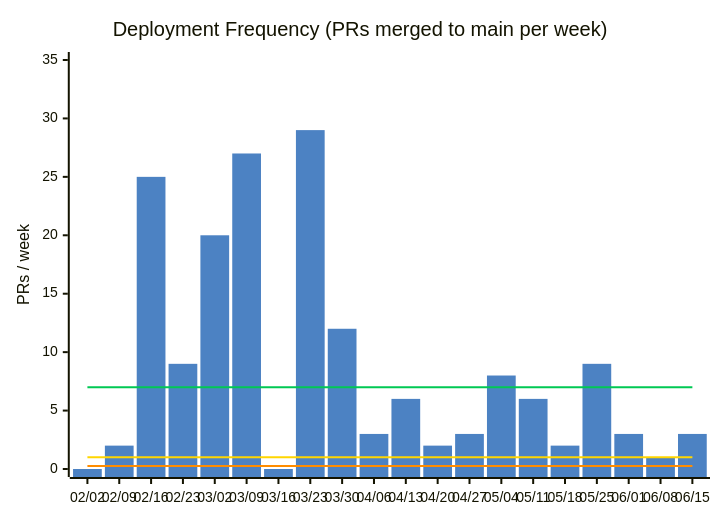
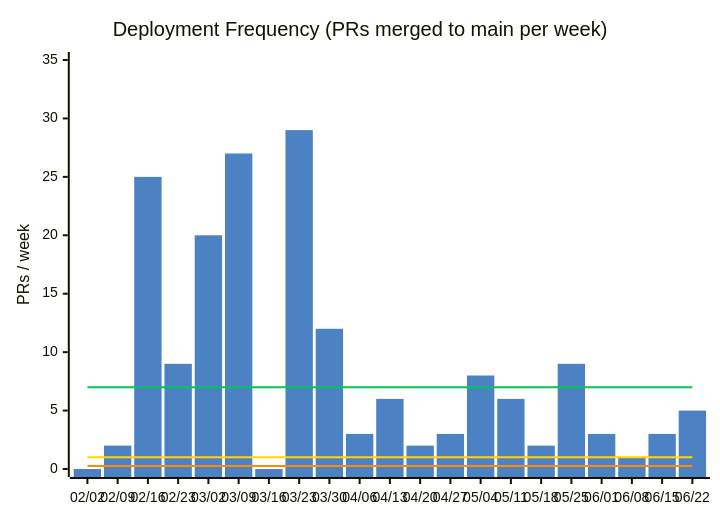
The first of 14 diagrams in docs/metrics.md (nablarch/nabledge-dev), drawn with Mermaid before and after one commit. The commit also changed other lines of this file and 2 other files, not shown here.

````diff
--- a/docs/metrics.md
+++ b/docs/metrics.md
@@ -37,11 +37,11 @@
 ```mermaid
 %%{init: {'theme': 'base', 'themeVariables': {'xyChart': {'plotColorPalette': '#4C82C3,#00C853,#FFD600,#FF8C00'}}}}%%
 xychart-beta
   title "Deployment Frequency (PRs merged to main per week)"
-  x-axis ["02/02", "02/09", "02/16", "02/23", "03/02", "03/09", "03/16", "03/23", "03/30", "04/06", "04/13", "04/20", "04/27", "05/04", "05/11", "05/18", "05/25", "06/01", "06/08", "06/15"]
+  x-axis ["02/02", "02/09", "02/16", "02/23", "03/02", "03/09", "03/16", "03/23", "03/30", "04/06", "04/13", "04/20", "04/27", "05/04", "05/11", "05/18", "05/25", "06/01", "06/08", "06/15", "06/22"]
   y-axis "PRs / week" 0 --> 35
-  bar [0, 2, 25, 9, 20, 27, 0, 29, 12, 3, 6, 2, 3, 8, 6, 2, 9, 3, 1, 3]
-  line [7, 7, 7, 7, 7, 7, 7, 7, 7, 7, 7, 7, 7, 7, 7, 7, 7, 7, 7, 7]
-  line [1, 1, 1, 1, 1, 1, 1, 1, 1, 1, 1, 1, 1, 1, 1, 1, 1, 1, 1, 1]
-  line [0.25, 0.25, 0.25, 0.25, 0.25, 0.25, 0.25, 0.25, 0.25, 0.25, 0.25, 0.25, 0.25, 0.25, 0.25, 0.25, 0.25, 0.25, 0.25, 0.25]
+  bar [0, 2, 25, 9, 20, 27, 0, 29, 12, 3, 6, 2, 3, 8, 6, 2, 9, 3, 1, 3, 5]
+  line [7, 7, 7, 7, 7, 7, 7, 7, 7, 7, 7, 7, 7, 7, 7, 7, 7, 7, 7, 7, 7]
+  line [1, 1, 1, 1, 1, 1, 1, 1, 1, 1, 1, 1, 1, 1, 1, 1, 1, 1, 1, 1, 1]
+  line [0.25, 0.25, 0.25, 0.25, 0.25, 0.25, 0.25, 0.25, 0.25, 0.25, 0.25, 0.25, 0.25, 0.25, 0.25, 0.25, 0.25, 0.25, 0.25, 0.25, 0.25]
 ```
````
